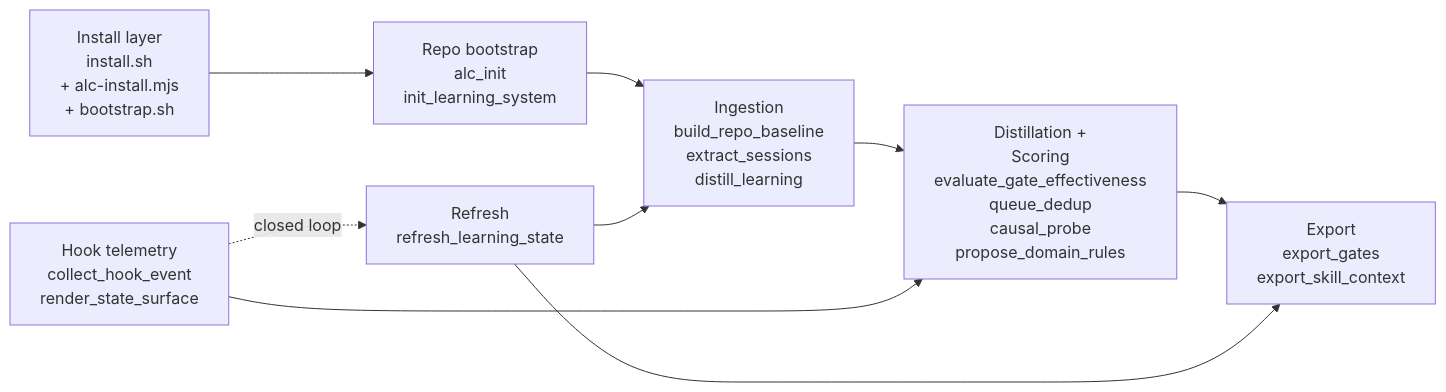
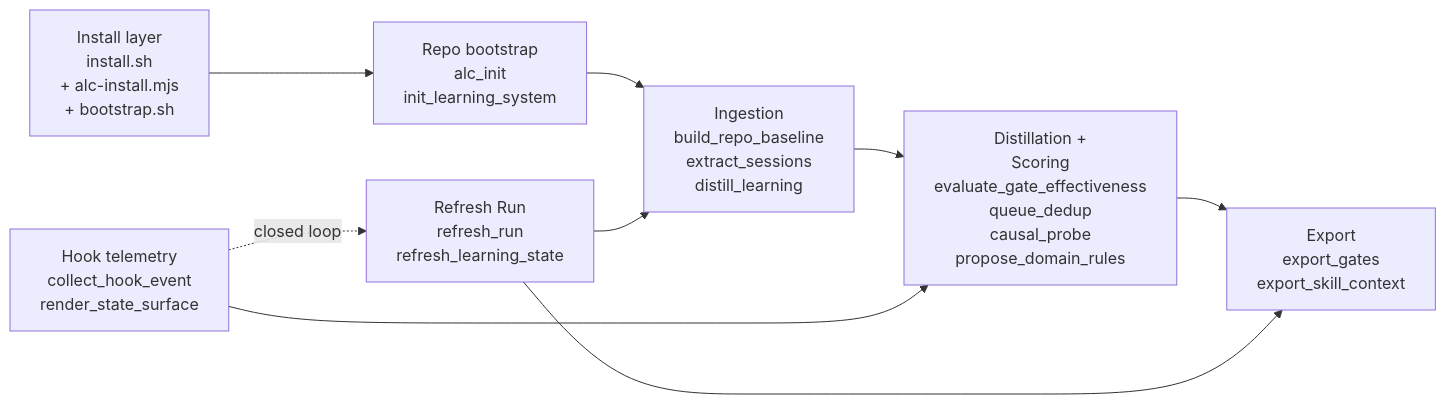
Before and after one commit to beeard/agent-learning-compounder: the first of 2 diagrams in ARCHITECTURE.md, drawn with Mermaid. The commit also changed other lines of this file and 68 other files, not shown here.

First line of the commit message:
Complete architecture refactor modules

````diff
--- a/ARCHITECTURE.md
+++ b/ARCHITECTURE.md
@@ -21,16 +21,16 @@
 ```mermaid
 flowchart LR
     A[Install layer<br/>install.sh<br/>+ alc-install.mjs<br/>+ bootstrap.sh]
     B[Repo bootstrap<br/>alc_init<br/>init_learning_system]
     C[Ingestion<br/>build_repo_baseline<br/>extract_sessions<br/>distill_learning]
     D[Distillation +<br/>Scoring<br/>evaluate_gate_effectiveness<br/>queue_dedup<br/>causal_probe<br/>propose_domain_rules]
     E[Export<br/>export_gates<br/>export_skill_context]
     F[Hook telemetry<br/>collect_hook_event<br/>render_state_surface]
-    G[Refresh<br/>refresh_learning_state]
+    G[Refresh Run<br/>refresh_run<br/>refresh_learning_state]
 
     A --> B --> C --> D --> E
     F --> D
     G --> C
     G --> E
     F -. closed loop .-> G
 ```
````
